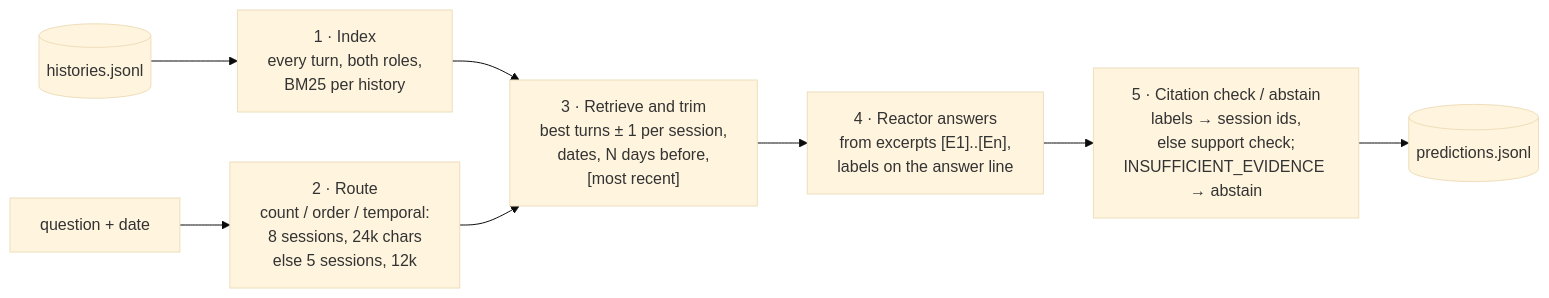
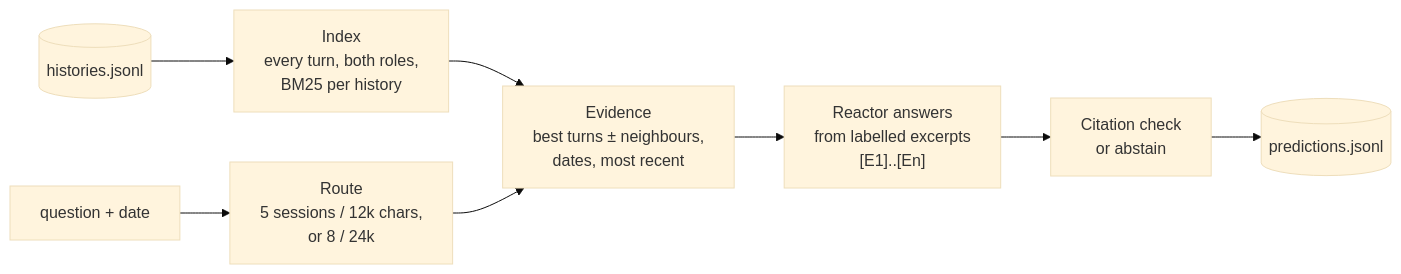
One commit to Amaanrais/rxai-memory changed the diagram in README.md. Above: the diagram before and after it, drawn with Mermaid (base theme). The commit also changed other lines of this file and 13 other files, not shown here.

````diff
--- a/README.md
+++ b/README.md
@@ -25,10 +62,10 @@
 ```mermaid
 flowchart LR
-    H[(histories.jsonl)] --> I["1 · Index<br/>every turn, both roles,<br/>BM25 per history"]
-    Q[question + date] --> R["2 · Route<br/>count / order / temporal:<br/>8 sessions, 24k chars<br/>else 5 sessions, 12k"]
-    I --> T
-    R --> T["3 · Retrieve and trim<br/>best turns ± 1 per session,<br/>dates, N days before,<br/>[most recent]"]
-    T --> X["4 · Reactor answers<br/>from excerpts [E1]..[En],<br/>labels on the answer line"]
-    X --> C["5 · Citation check / abstain<br/>labels → session ids,<br/>else support check;<br/>INSUFFICIENT_EVIDENCE → abstain"]
+    H[(histories.jsonl)] --> I["Index<br/>every turn, both roles,<br/>BM25 per history"]
+    Q[question + date] --> R["Route<br/>5 sessions / 12k chars,<br/>or 8 / 24k"]
+    I --> E
+    R --> E["Evidence<br/>best turns ± neighbours,<br/>dates, most recent"]
+    E --> X["Reactor answers<br/>from labelled excerpts<br/>[E1]..[En]"]
+    X --> C["Citation check<br/>or abstain"]
     C --> P[(predictions.jsonl)]
 ```
````
